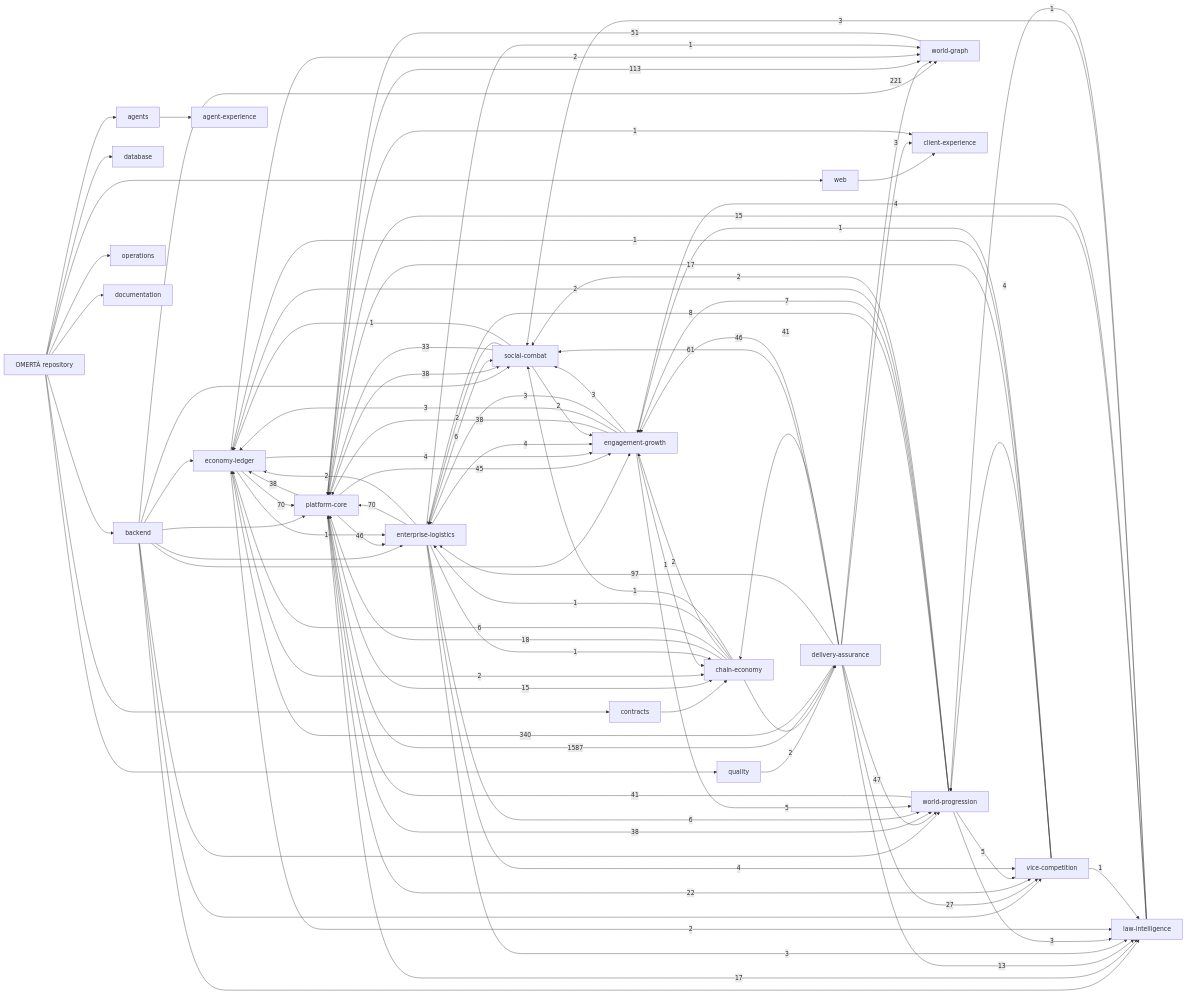
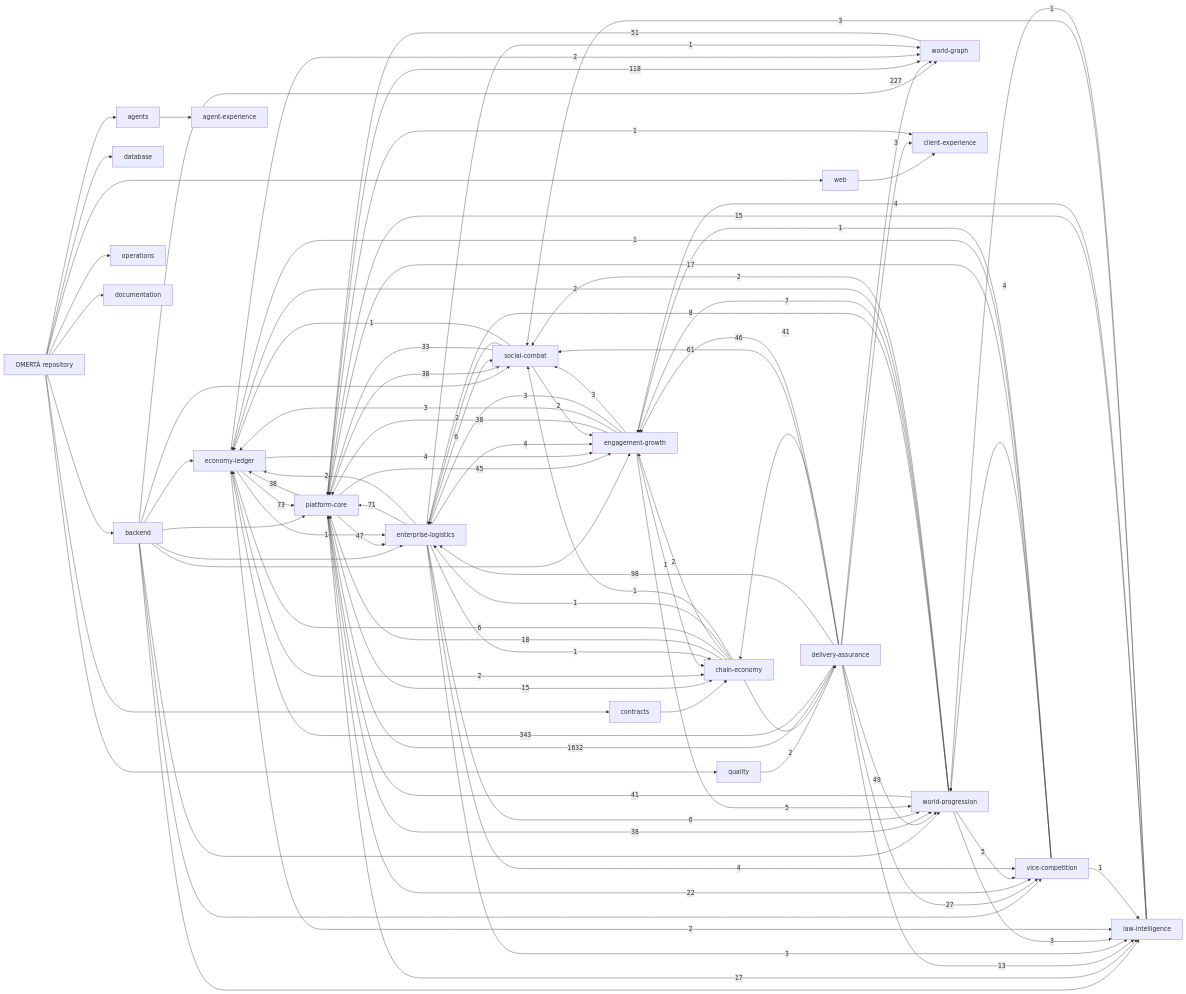
One commit to OmertaDev/Omerta changed the diagram in knowledge/generated/graph.mmd. Above: the diagram before and after it, drawn with Mermaid. The commit also changed 8 other files, not shown here.

```diff
--- a/knowledge/generated/graph.mmd
+++ b/knowledge/generated/graph.mmd
@@ -1,113 +1,113 @@
 flowchart LR
   repo["OMERTÀ repository"]
   sub_backend["backend"]
   repo --> sub_backend
   sub_database["database"]
   repo --> sub_database
   sub_web["web"]
   repo --> sub_web
   sub_contracts["contracts"]
   repo --> sub_contracts
   sub_agents["agents"]
   repo --> sub_agents
   sub_quality["quality"]
   repo --> sub_quality
   sub_operations["operations"]
   repo --> sub_operations
   sub_documentation["documentation"]
   repo --> sub_documentation
   dom_platform-core["platform-core"]
   dom_economy-ledger["economy-ledger"]
   dom_social-combat["social-combat"]
   dom_world-progression["world-progression"]
   dom_world-graph["world-graph"]
   dom_enterprise-logistics["enterprise-logistics"]
   dom_vice-competition["vice-competition"]
   dom_law-intelligence["law-intelligence"]
   dom_chain-economy["chain-economy"]
   dom_engagement-growth["engagement-growth"]
   dom_client-experience["client-experience"]
   dom_agent-experience["agent-experience"]
   dom_delivery-assurance["delivery-assurance"]
   sub_agents --> dom_agent-experience
   sub_backend --> dom_economy-ledger
   sub_backend --> dom_engagement-growth
   sub_backend --> dom_enterprise-logistics
   sub_backend --> dom_law-intelligence
   sub_backend --> dom_platform-core
   sub_backend --> dom_social-combat
   sub_backend --> dom_vice-competition
   sub_backend --> dom_world-graph
   sub_backend --> dom_world-progression
   sub_contracts --> dom_chain-economy
   sub_quality --> dom_delivery-assurance
   sub_web --> dom_client-experience
-  dom_delivery-assurance -->|1587| dom_platform-core
-  dom_delivery-assurance -->|340| dom_economy-ledger
-  dom_delivery-assurance -->|221| dom_world-graph
-  dom_platform-core -->|113| dom_world-graph
-  dom_delivery-assurance -->|97| dom_enterprise-logistics
-  dom_economy-ledger -->|70| dom_platform-core
-  dom_enterprise-logistics -->|70| dom_platform-core
+  dom_delivery-assurance -->|1632| dom_platform-core
+  dom_delivery-assurance -->|343| dom_economy-ledger
+  dom_delivery-assurance -->|227| dom_world-graph
+  dom_platform-core -->|118| dom_world-graph
+  dom_delivery-assurance -->|98| dom_enterprise-logistics
+  dom_economy-ledger -->|73| dom_platform-core
+  dom_enterprise-logistics -->|71| dom_platform-core
   dom_delivery-assurance -->|61| dom_social-combat
   dom_world-graph -->|51| dom_platform-core
-  dom_delivery-assurance -->|47| dom_world-progression
+  dom_delivery-assurance -->|49| dom_world-progression
+  dom_platform-core -->|47| dom_enterprise-logistics
   dom_delivery-assurance -->|46| dom_engagement-growth
-  dom_platform-core -->|46| dom_enterprise-logistics
   dom_platform-core -->|45| dom_engagement-growth
   dom_delivery-assurance -->|41| dom_chain-economy
   dom_world-progression -->|41| dom_platform-core
   dom_engagement-growth -->|38| dom_platform-core
   dom_platform-core -->|38| dom_economy-ledger
   dom_platform-core -->|38| dom_social-combat
   dom_platform-core -->|38| dom_world-progression
   dom_social-combat -->|33| dom_platform-core
   dom_delivery-assurance -->|27| dom_vice-competition
   dom_platform-core -->|22| dom_vice-competition
   dom_chain-economy -->|18| dom_platform-core
   dom_platform-core -->|17| dom_law-intelligence
   dom_vice-competition -->|17| dom_platform-core
   dom_law-intelligence -->|15| dom_platform-core
   dom_platform-core -->|15| dom_chain-economy
   dom_delivery-assurance -->|13| dom_law-intelligence
   dom_world-progression -->|8| dom_enterprise-logistics
   dom_world-progression -->|7| dom_engagement-growth
   dom_chain-economy -->|6| dom_economy-ledger
   dom_enterprise-logistics -->|6| dom_social-combat
   dom_enterprise-logistics -->|6| dom_world-progression
   dom_engagement-growth -->|5| dom_world-progression
   dom_world-progression -->|5| dom_vice-competition
   dom_economy-ledger -->|4| dom_engagement-growth
   dom_enterprise-logistics -->|4| dom_engagement-growth
   dom_enterprise-logistics -->|4| dom_vice-competition
   dom_law-intelligence -->|4| dom_engagement-growth
   dom_vice-competition -->|4| dom_world-progression
   dom_delivery-assurance -->|3| dom_client-experience
   dom_engagement-growth -->|3| dom_economy-ledger
   dom_engagement-growth -->|3| dom_enterprise-logistics
   dom_engagement-growth -->|3| dom_social-combat
   dom_enterprise-logistics -->|3| dom_law-intelligence
   dom_law-intelligence -->|3| dom_social-combat
   dom_world-progression -->|3| dom_law-intelligence
   dom_chain-economy -->|2| dom_delivery-assurance
   dom_chain-economy -->|2| dom_engagement-growth
   dom_economy-ledger -->|2| dom_chain-economy
   dom_economy-ledger -->|2| dom_law-intelligence
   dom_economy-ledger -->|2| dom_world-graph
   dom_enterprise-logistics -->|2| dom_economy-ledger
   dom_social-combat -->|2| dom_engagement-growth
   dom_social-combat -->|2| dom_enterprise-logistics
   dom_world-progression -->|2| dom_economy-ledger
   dom_world-progression -->|2| dom_social-combat
   dom_chain-economy -->|1| dom_enterprise-logistics
   dom_chain-economy -->|1| dom_social-combat
   dom_economy-ledger -->|1| dom_enterprise-logistics
   dom_engagement-growth -->|1| dom_chain-economy
   dom_enterprise-logistics -->|1| dom_chain-economy
   dom_enterprise-logistics -->|1| dom_world-graph
   dom_law-intelligence -->|1| dom_world-progression
   dom_platform-core -->|1| dom_client-experience
   dom_social-combat -->|1| dom_economy-ledger
   dom_vice-competition -->|1| dom_economy-ledger
   dom_vice-competition -->|1| dom_engagement-growth
   dom_vice-competition -->|1| dom_law-intelligence
```
